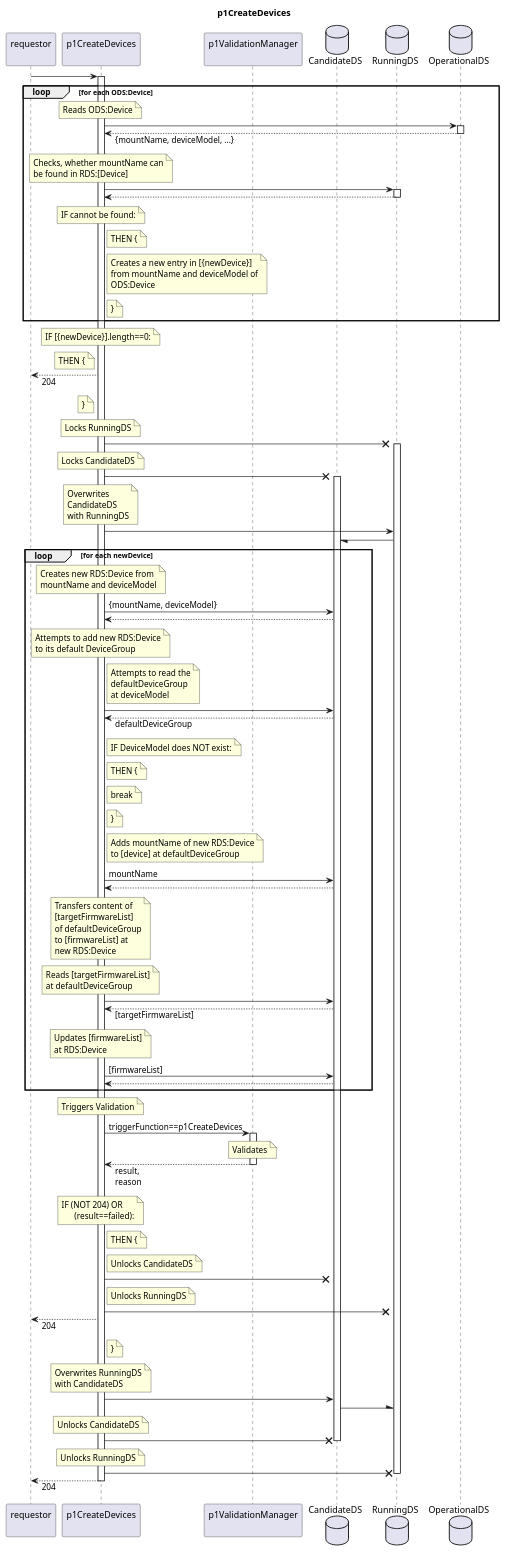
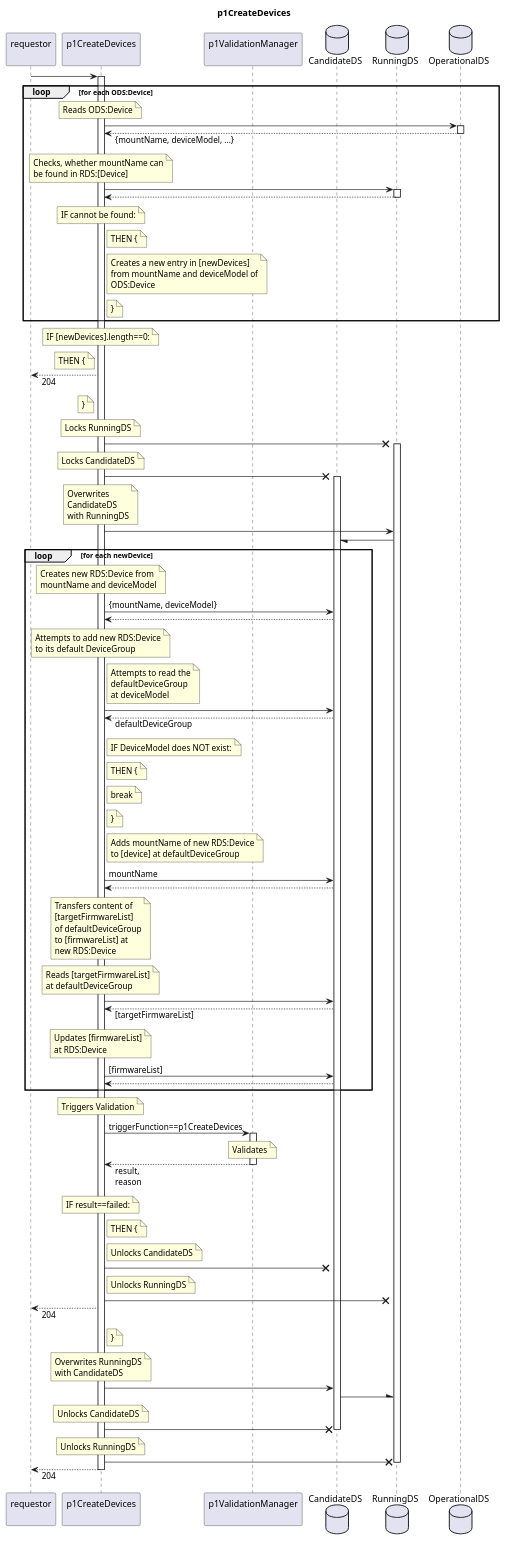
One commit to openBackhaul/FirmWareManager changed the diagram in spec/Functions/Interpretation/p1CreateDevices/1.0.0/p1CreateDevices.plantuml. Above: the diagram before and after it, drawn with PlantUML. The commit also changed 28 other files, not shown here.

```diff
--- a/spec/Functions/Interpretation/p1CreateDevices/1.0.0/p1CreateDevices.plantuml
+++ b/spec/Functions/Interpretation/p1CreateDevices/1.0.0/p1CreateDevices.plantuml
@@ -1,189 +1,188 @@
 @startuml p1CreateDevices
 skinparam responseMessageBelowArrow true
 
 title
   p1CreateDevices
 end title
 
 participant "requestor\n" as requestor
 participant "p1CreateDevices\n" as indServ
 participant "p1ValidationManager\n" as valiMan
 
 database "CandidateDS" as CanDS
 database "RunningDS" as RunDS
 database "OperationalDS" as OpDS
 
 requestor -> indServ
 activate indServ
 
   loop for each ODS:Device
     note over indServ
       Reads ODS:Device
     end note
     indServ -> OpDS
     activate OpDS
     indServ <-- OpDS: {mountName, deviceModel, ...}
     deactivate OpDS
     note over indServ
       Checks, whether mountName can
       be found in RDS:[Device]
     end note
     indServ -> RunDS
     activate RunDS
     indServ <-- RunDS
     deactivate RunDS
     note over indServ
       IF cannot be found:
     end note
     note right indServ
       THEN {
     end note
     note right indServ
-      Creates a new entry in [{newDevice}]
+      Creates a new entry in [newDevices]
       from mountName and deviceModel of
       ODS:Device
     end note
     note right indServ
       }
     end note
   end loop
   note over indServ
-    IF [{newDevice}].length==0:
+    IF [newDevices].length==0:
   end note
   note left indServ
     THEN {
   end note
   requestor <-- indServ: 204
   note left indServ
     }
   end note  
 
   note over indServ
     Locks RunningDS
   end note
   indServ -X RunDS
   activate RunDS
   note over indServ
     Locks CandidateDS
   end note
   indServ -X CanDS
   activate CanDS
   note over indServ
     Overwrites
     CandidateDS
     with RunningDS
   end note
   indServ -> RunDS
   RunDS -/ CanDS
 
   loop for each newDevice
     note over indServ
       Creates new RDS:Device from
       mountName and deviceModel
     end note
     indServ -> CanDS: {mountName, deviceModel}
     indServ <-- CanDS
 
     note over indServ
       Attempts to add new RDS:Device
       to its default DeviceGroup
     end note
     note right indServ
       Attempts to read the
       defaultDeviceGroup
       at deviceModel
     end note
     indServ -> CanDS
     indServ <-- CanDS: defaultDeviceGroup
     note right indServ
       IF DeviceModel does NOT exist:
     end note
     note right indServ
       THEN {
     end note
     note right indServ
       break
     end note
     note right indServ
       }
     end note
     note right indServ
       Adds mountName of new RDS:Device
       to [device] at defaultDeviceGroup
     end note
     indServ -> CanDS: mountName
     indServ <-- CanDS
  
     note over indServ
       Transfers content of
       [targetFirmwareList]
       of defaultDeviceGroup
       to [firmwareList] at
       new RDS:Device
     end note
     note over indServ
       Reads [targetFirmwareList]
       at defaultDeviceGroup
     end note
     indServ -> CanDS
     indServ <-- CanDS: [targetFirmwareList]
     note over indServ
       Updates [firmwareList]
       at RDS:Device
     end note
     indServ -> CanDS: [firmwareList]
     indServ <-- CanDS
   end loop
 
   note over indServ
     Triggers Validation
   end note
   indServ -> valiMan: triggerFunction==p1CreateDevices
   activate valiMan
     note over valiMan
       Validates
     end note
   indServ <-- valiMan: result,\nreason
   deactivate valiMan
   note over indServ
-    IF (NOT 204) OR 
-          (result==failed):
+    IF result==failed:
   end note
   note right indServ
     THEN {
   end note
   note right indServ
     Unlocks CandidateDS
   end note
   indServ -X CanDS
   note right indServ
     Unlocks RunningDS
   end note
   indServ -X RunDS
 
   requestor <-- indServ: 204
   note right indServ
     }
   end note
 
   note over indServ
     Overwrites RunningDS
     with CandidateDS
   end note
   indServ -> CanDS
   CanDS -\ RunDS
   note over indServ
     Unlocks CandidateDS
   end note
   indServ -X CanDS
   deactivate CanDS
   note over indServ
     Unlocks RunningDS
   end note
   indServ -X RunDS
   deactivate RunDS
 
 requestor <-- indServ: 204
 deactivate indServ
 
 @enduml
```
